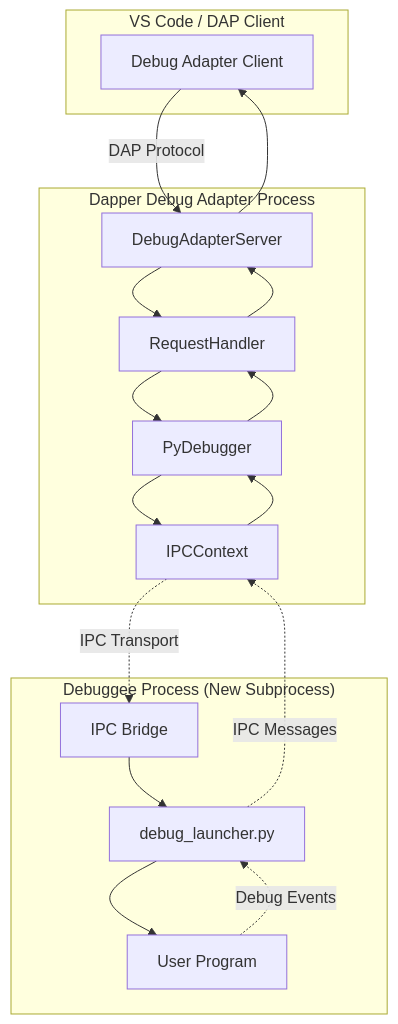
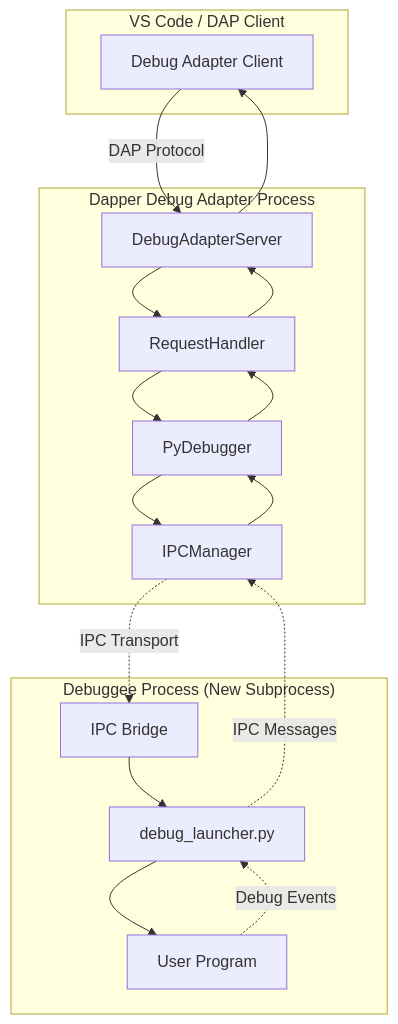
Before and after one commit to jnsquire/dapper: the first of 14 diagrams in doc/reference/operational_modes.md, drawn with Mermaid. The commit also changed other lines of this file and 13 other files, not shown here.

First line of the commit message:
Refactor IPC architecture: Remove IPCContext, introduce IPCManager

````diff
--- a/doc/reference/operational_modes.md
+++ b/doc/reference/operational_modes.md
@@ -9,35 +9,35 @@
 ```mermaid
 graph TB
     subgraph "VS Code / DAP Client"
         Client[Debug Adapter Client]
     end
     
     subgraph "Dapper Debug Adapter Process"
         Adapter[DebugAdapterServer]
         Handler[RequestHandler]
         Debugger[PyDebugger]
-        IPC_Context[IPCContext]
+        IPC_Mgr[IPCManager]
     end
     
     subgraph "Debuggee Process (New Subprocess)"
         Launcher[debug_launcher.py]
         Debuggee[User Program]
         IPC_Bridge[IPC Bridge]
     end
     
     Client -->|DAP Protocol| Adapter
     Adapter --> Handler
     Handler --> Debugger
-    Debugger --> IPC_Context
+    Debugger --> IPC_Mgr
     
-    IPC_Context -.->|IPC Transport| IPC_Bridge
+    IPC_Mgr -.->|IPC Transport| IPC_Bridge
     IPC_Bridge --> Launcher
     Launcher --> Debuggee
     
     Debuggee -.->|Debug Events| Launcher
-    Launcher -.->|IPC Messages| IPC_Context
-    IPC_Context --> Debugger
+    Launcher -.->|IPC Messages| IPC_Mgr
+    IPC_Mgr --> Debugger
     Debugger --> Handler
     Handler --> Adapter
     Adapter --> Client
 ```
````
